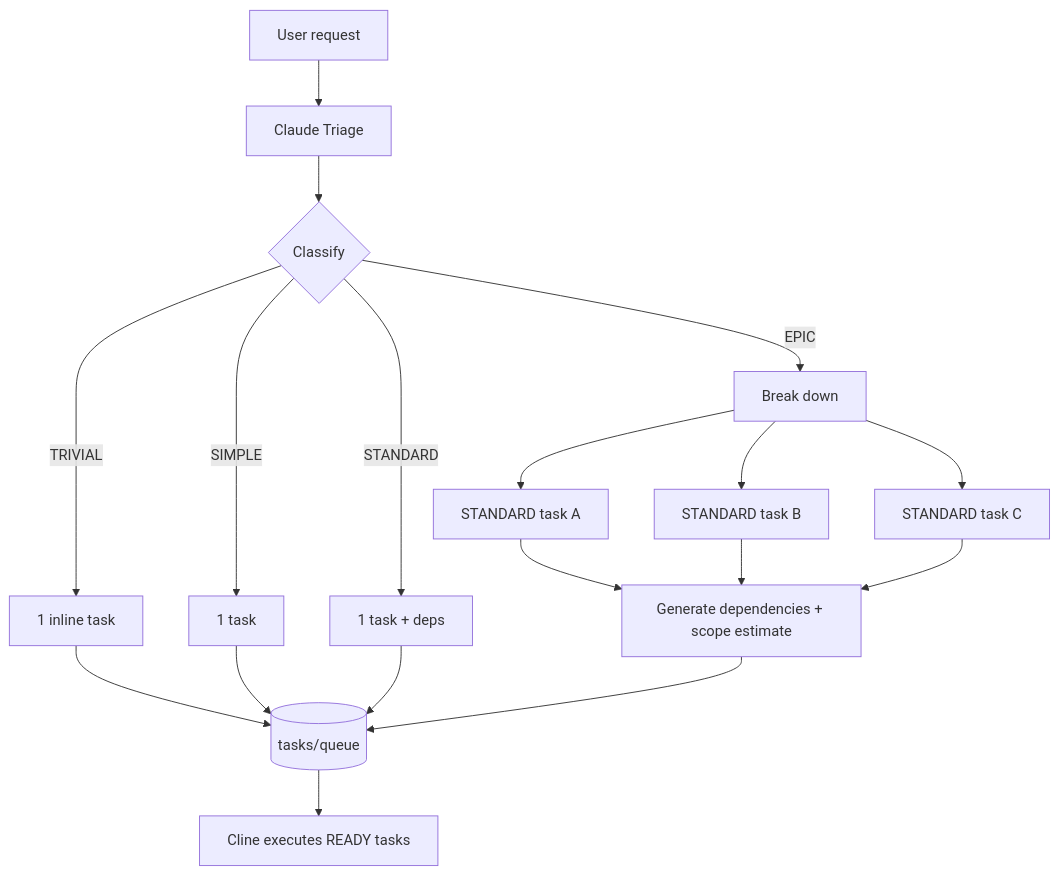
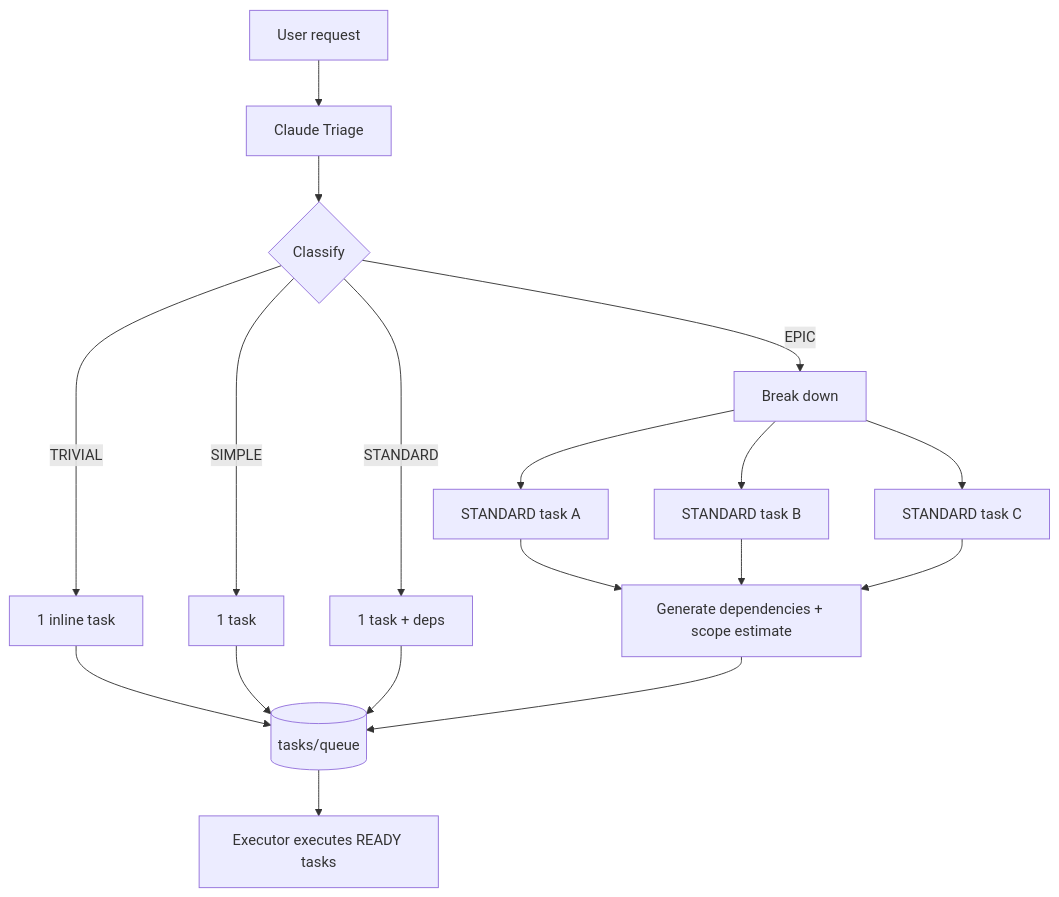
The diagram in reference/workflow/task-driven-workflow.md (Vtquan123/strix), drawn with Mermaid before and after one commit. The commit also changed other lines of this file and 95 other files, not shown here.

````diff
--- a/reference/workflow/task-driven-workflow.md
+++ b/reference/workflow/task-driven-workflow.md
@@ -7,20 +7,20 @@
 ```mermaid
 flowchart TD
     U[User request] --> TR[Claude Triage]
     TR --> CL{Classify}
     CL -->|TRIVIAL| T1[1 inline task]
     CL -->|SIMPLE| T2[1 task]
     CL -->|STANDARD| T3[1 task + deps]
     CL -->|EPIC| BD[Break down]
     BD --> S1[STANDARD task A]
     BD --> S2[STANDARD task B]
     BD --> S3[STANDARD task C]
     S1 --> DEP[Generate dependencies + scope estimate]
     S2 --> DEP
     S3 --> DEP
     T1 --> QUE[(tasks/queue)]
     T2 --> QUE
     T3 --> QUE
     DEP --> QUE
-    QUE --> EX[Cline executes READY tasks]
+    QUE --> EX[Executor executes READY tasks]
 ```
````
